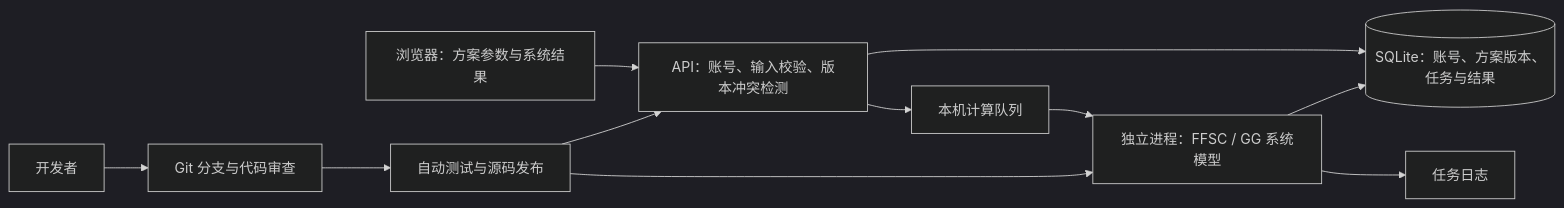
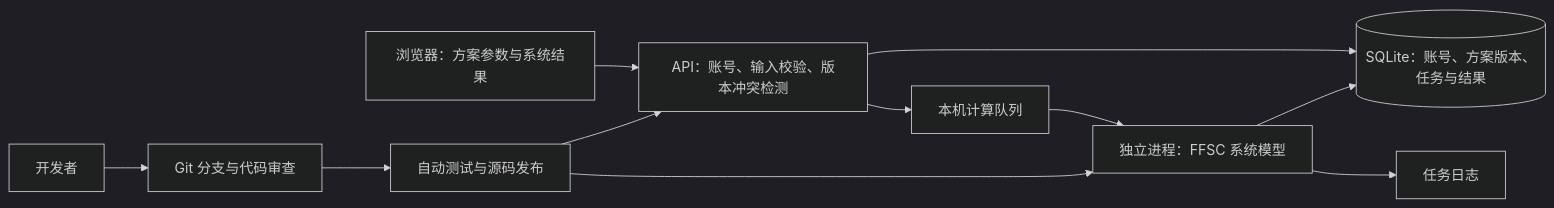
One commit to liyunfei1994/lre-workbench changed the diagram in docs/PLATFORM_PLAN.md. Above: the diagram before and after it, drawn with Mermaid (dark theme). The commit also changed other lines of this file and 542 other files, not shown here.

Commit message:
Integrate FFSC design architecture and main chamber analysis

````diff
--- a/docs/PLATFORM_PLAN.md
+++ b/docs/PLATFORM_PLAN.md
@@ -43,13 +43,13 @@
 ```mermaid
 flowchart LR
     A[浏览器：方案参数与系统结果] --> B[API：账号、输入校验、版本冲突检测]
     B --> C[(SQLite：账号、方案版本、任务与结果)]
     B --> D[本机计算队列]
-    D --> E[独立进程：FFSC / GG 系统模型]
+    D --> E[独立进程：FFSC 系统模型]
     E --> C
     E --> F[任务日志]
     G[开发者] --> H[Git 分支与代码审查]
     H --> I[自动测试与源码发布]
     I --> B
     I --> E
 ```
````
